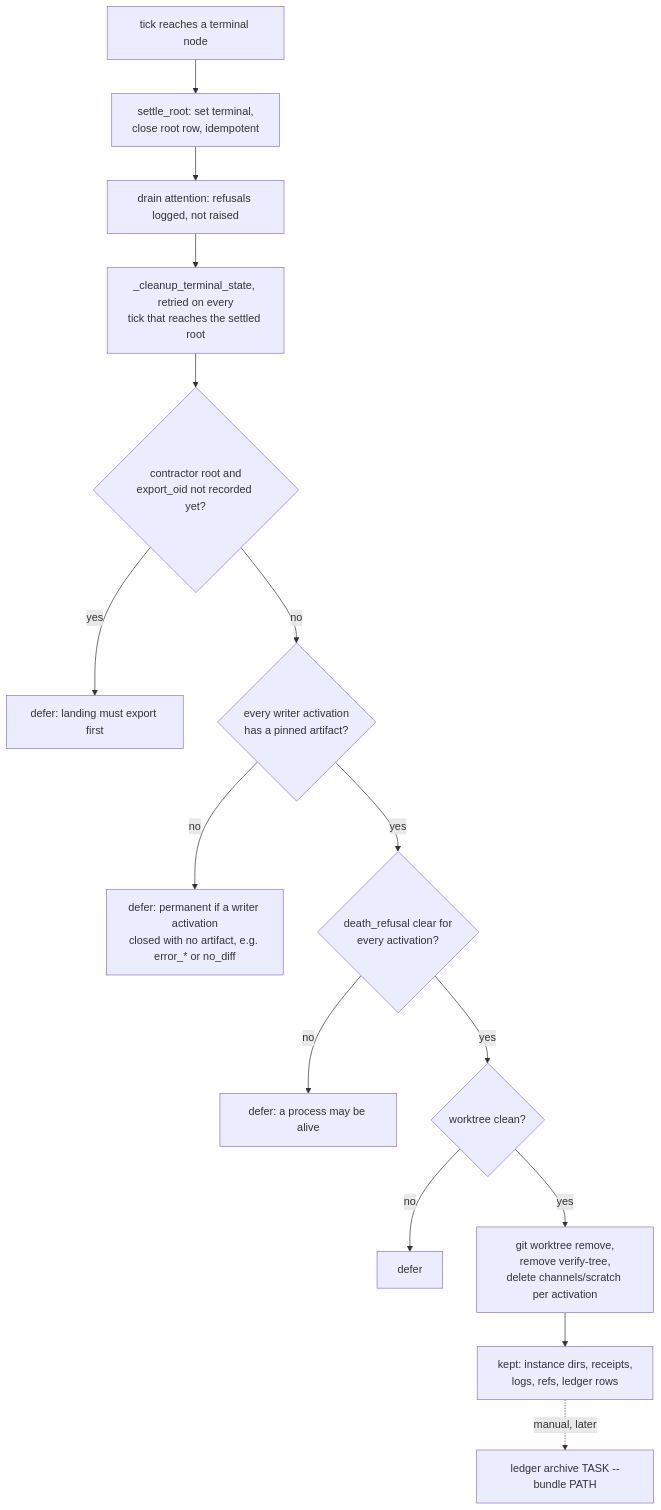
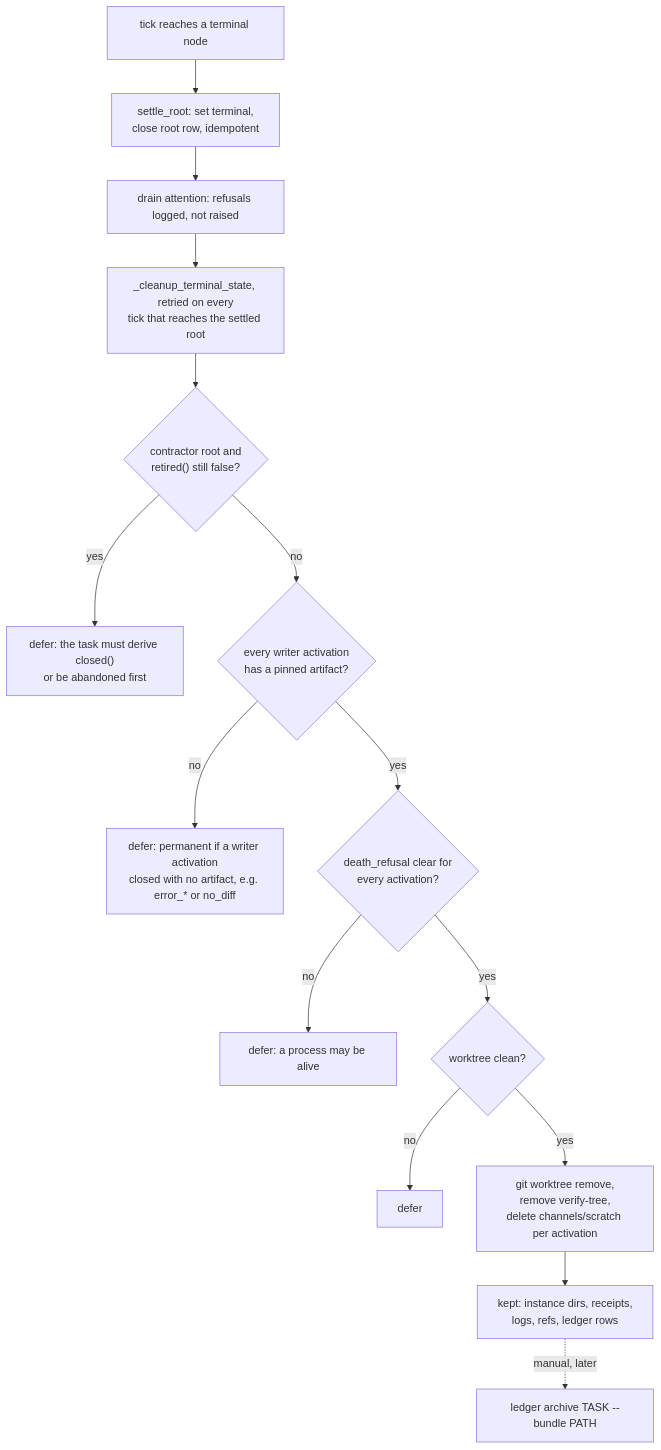
One commit to MVPavan/coding-ritual changed diagram 44 of 45 in docs/workflow-interpreter-guide/diagrams.md. Above: the diagram before and after it, drawn with Mermaid. The commit also changed other lines of this file and 7 other files, not shown here.

````diff
--- a/docs/workflow-interpreter-guide/diagrams.md
+++ b/docs/workflow-interpreter-guide/diagrams.md
@@ -1846,17 +1910,17 @@
 ```mermaid
 flowchart TD
   T["tick reaches a terminal node"] --> SR["settle_root: set terminal,<br/>close root row, idempotent"]
   SR --> DR["drain attention: refusals logged, not raised"]
   DR --> CU["_cleanup_terminal_state, retried on every<br/>tick that reaches the settled root"]
-  CU --> EP{"contractor root and<br/>export_oid not recorded yet?"}
-  EP -->|"yes"| WAIT["defer: landing must export first"]
+  CU --> EP{"contractor root and<br/>retired() still false?"}
+  EP -->|"yes"| WAIT["defer: the task must derive closed()<br/>or be abandoned first"]
   EP -->|"no"| ART{"every writer activation<br/>has a pinned artifact?"}
   ART -->|"no"| WAIT2["defer: permanent if a writer activation<br/>closed with no artifact, e.g. error_* or no_diff"]
   ART -->|"yes"| DEAD{"death_refusal clear for<br/>every activation?"}
   DEAD -->|"no"| WAIT3["defer: a process may be alive"]
   DEAD -->|"yes"| WTC{"worktree clean?"}
   WTC -->|"no"| WAIT4["defer"]
   WTC -->|"yes"| RM["git worktree remove,<br/>remove verify-tree,<br/>delete channels/scratch per activation"]
   RM --> KEEP["kept: instance dirs, receipts,<br/>logs, refs, ledger rows"]
   KEEP -.->|"manual, later"| ARCH["ledger archive TASK --bundle PATH"]
 ```
````
